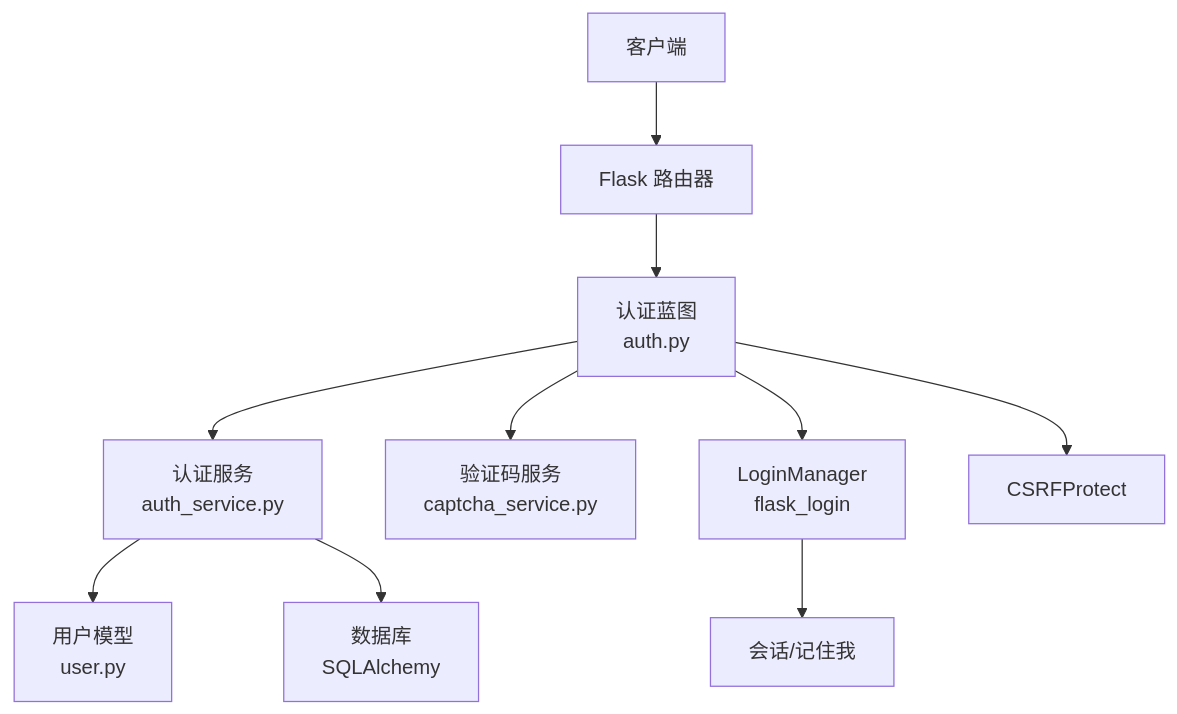
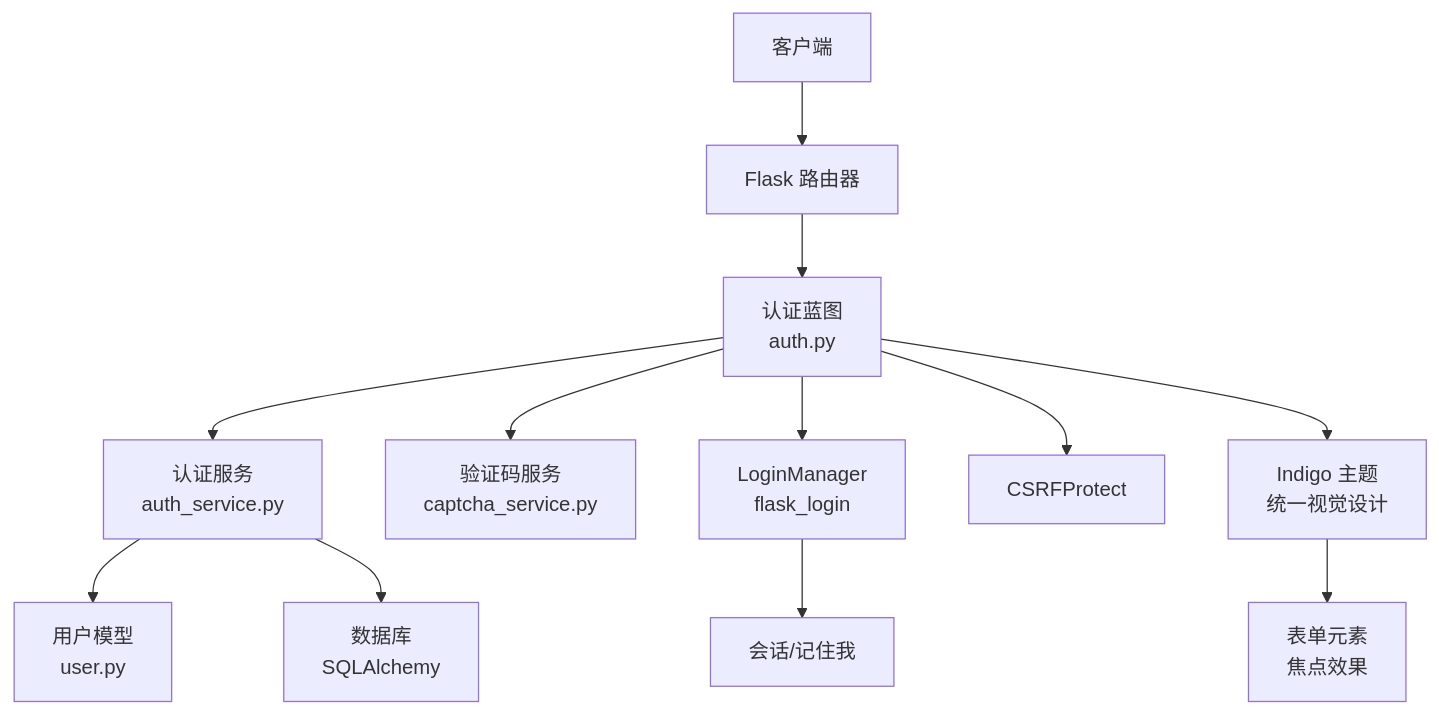
Before and after one commit to beyondalbert/my_wiki: the second of 10 diagrams in .qoder/repowiki/zh/content/核心模块/用户系统模块/认证服务.md, drawn with Mermaid. The commit also changed other lines of this file and 7 other files, not shown here.

````diff
--- a/.qoder/repowiki/zh/content/核心模块/用户系统模块/认证服务.md
+++ b/.qoder/repowiki/zh/content/核心模块/用户系统模块/认证服务.md
@@ -118,12 +150,14 @@
 ```mermaid
 graph TB
 Client["客户端"] --> Router["Flask 路由器"]
 Router --> AuthBP["认证蓝图<br/>auth.py"]
 AuthBP --> AuthService["认证服务<br/>auth_service.py"]
 AuthBP --> CaptchaSvc["验证码服务<br/>captcha_service.py"]
 AuthService --> UserModel["用户模型<br/>user.py"]
 AuthService --> DB["数据库<br/>SQLAlchemy"]
 AuthBP --> LM["LoginManager<br/>flask_login"]
 LM --> Session["会话/记住我"]
 AuthBP --> CSRF["CSRFProtect"]
+AuthBP --> Theme["Indigo 主题<br/>统一视觉设计"]
+Theme --> UIElements["表单元素<br/>焦点效果"]
 ```
````
